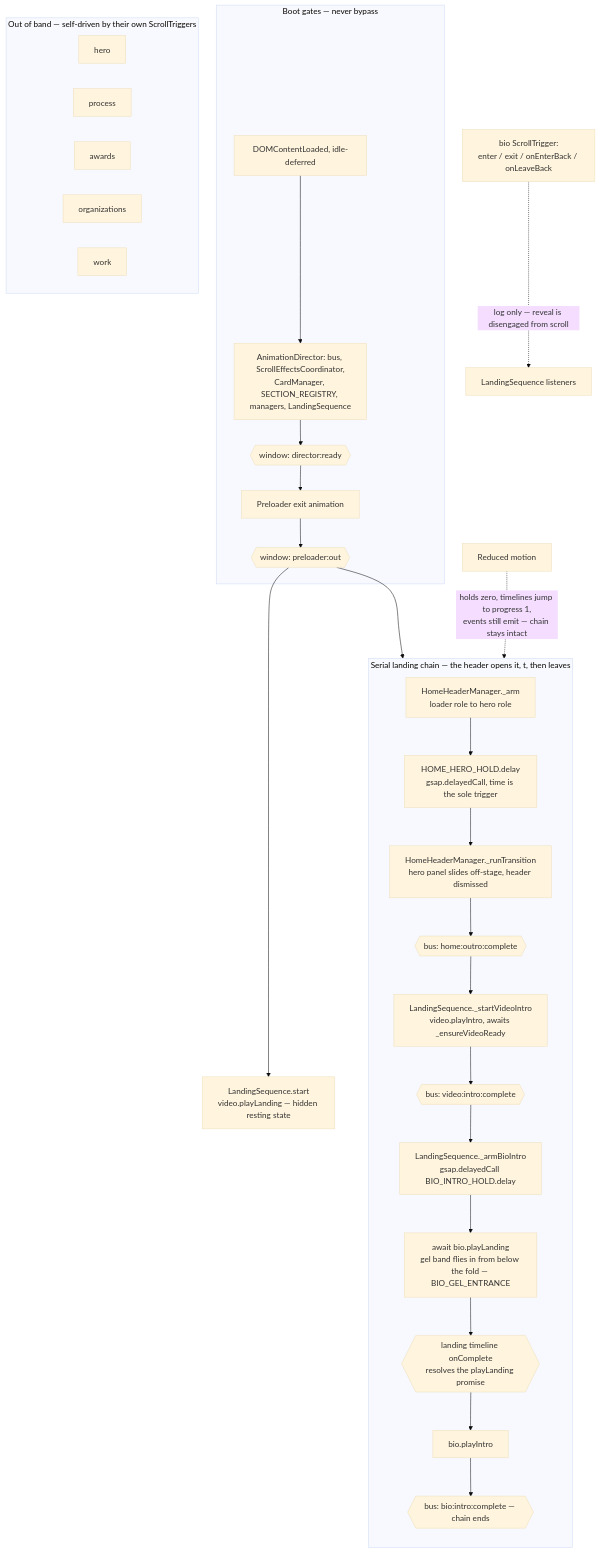
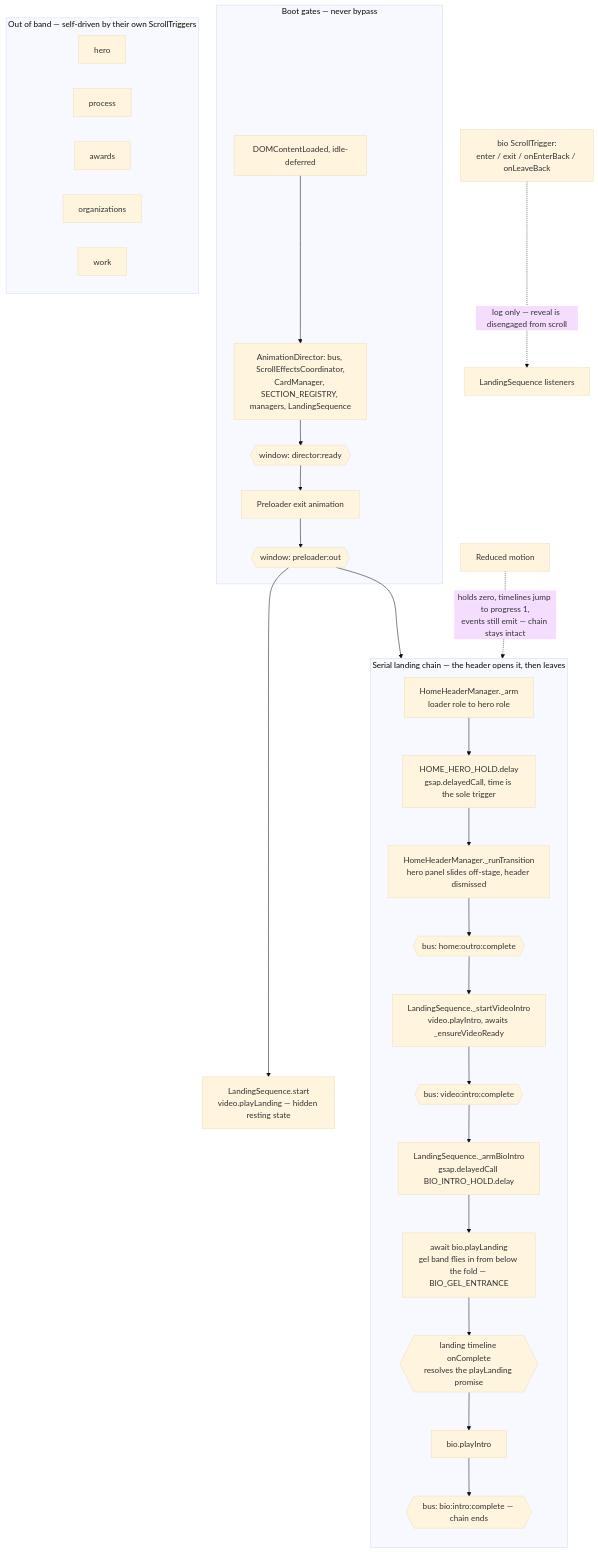
One commit to datainkio/portfolio-frontend changed the diagram in js/choreography/templates/landing/LandingSequence.md. Above: the diagram before and after it, drawn with Mermaid (base theme). The commit also changed other lines of this file, not shown here.

First line of the commit message:
Refactor header roles and semantics across landing and bio sections

````diff
--- a/js/choreography/templates/landing/LandingSequence.md
+++ b/js/choreography/templates/landing/LandingSequence.md
@@ -18,39 +18,39 @@
 ```mermaid
 flowchart TD
     subgraph boot["Boot gates — never bypass"]
         DCL["DOMContentLoaded, idle-deferred"] --> AD["AnimationDirector: bus, ScrollEffectsCoordinator,<br/>CardManager, SECTION_REGISTRY, managers, LandingSequence"]
         AD --> DR{{"window: director:ready"}}
         DR --> PRE["Preloader exit animation"]
         PRE --> PO{{"window: preloader:out"}}
     end
 
     PO --> LS["LandingSequence.start<br/>video.playLanding — hidden resting state"]
     PO --> ARM["HomeHeaderManager._arm<br/>loader role to hero role"]
 
-    subgraph chain["Serial landing chain — the header opens it, t, then leaves"]
+    subgraph chain["Serial landing chain — the header opens it, then leaves"]
         direction TB
         ARM --> HOLD["HOME_HERO_HOLD.delay<br/>gsap.delayedCall, time is the sole trigger"]
         HOLD --> DECON["HomeHeaderManager._runTransition<br/>hero panel slides off-stage, header dismissed"]
         DECON --> HOC{{"bus: home:outro:complete"}}
         HOC --> VID["LandingSequence._startVideoIntro<br/>video.playIntro, awaits _ensureVideoReady"]
         VID --> VIC{{"bus: video:intro:complete"}}
         VIC --> BEAT["LandingSequence._armBioIntro<br/>gsap.delayedCall BIO_INTRO_HOLD.delay"]
         BEAT --> GEL["await bio.playLanding<br/>gel band flies in from below the fold — BIO_GEL_ENTRANCE"]
         GEL --> GLC{{"landing timeline onComplete<br/>resolves the playLanding promise"}}
         GLC --> BIO["bio.playIntro"]
         BIO --> BIC{{"bus: bio:intro:complete — chain ends"}}
     end
 
     subgraph scroll["Out of band — self-driven by their own ScrollTriggers"]
         direction LR
         HERO["hero"]
         PROC["process"]
         AWARDS["awards"]
         ORGS["organizations"]
         WORK["work"]
     end
 
     BIOST["bio ScrollTrigger:<br/>enter / exit / onEnterBack / onLeaveBack"] -.->|"log only — reveal is disengaged from scroll"| LSOBS["LandingSequence listeners"]
 
     RM["Reduced motion"] -.->|"holds zero, timelines jump to progress 1,<br/>events still emit — chain stays intact"| chain
 ```
````
